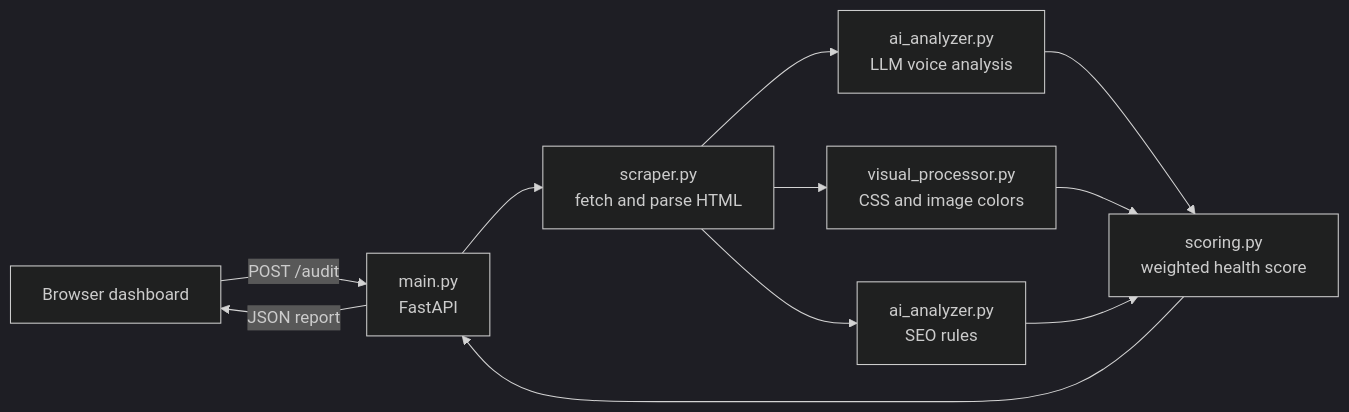
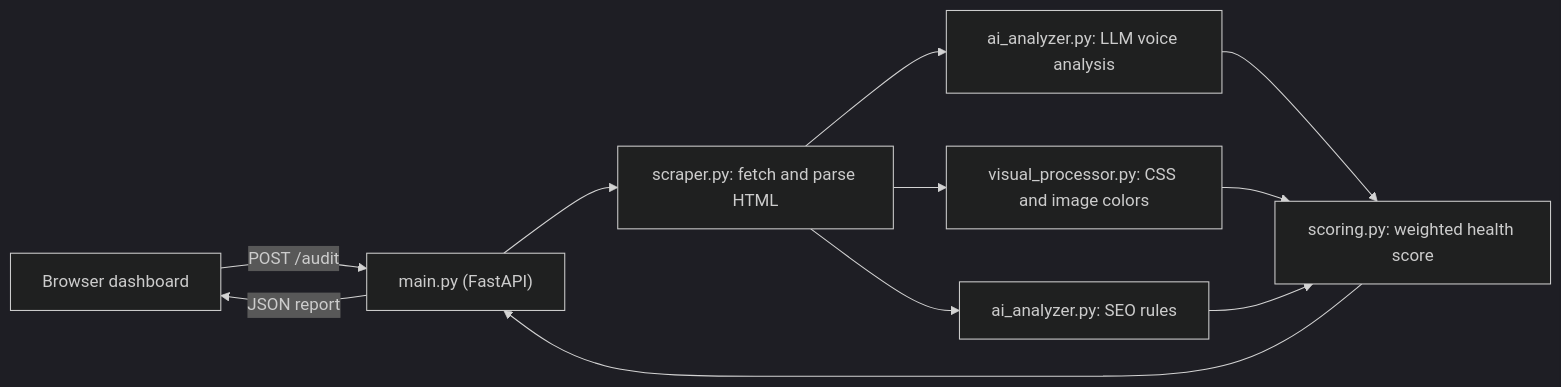
The diagram in README.md (lelentandane/Brand-voice-audior), drawn with Mermaid (dark theme) before and after one commit. The commit also changed other lines of this file, not shown here.

````diff
--- a/README.md
+++ b/README.md
@@ -43,13 +57,13 @@
 ```mermaid
 flowchart LR
-    A[Browser dashboard] -->|POST /audit| B[main.py<br/>FastAPI]
-    B --> C[scraper.py<br/>fetch and parse HTML]
-    C --> D[ai_analyzer.py<br/>LLM voice analysis]
-    C --> E[visual_processor.py<br/>CSS and image colors]
-    C --> F[ai_analyzer.py<br/>SEO rules]
-    D --> G[scoring.py<br/>weighted health score]
+    A["Browser dashboard"] -->|"POST /audit"| B["main.py (FastAPI)"]
+    B --> C["scraper.py: fetch and parse HTML"]
+    C --> D["ai_analyzer.py: LLM voice analysis"]
+    C --> E["visual_processor.py: CSS and image colors"]
+    C --> F["ai_analyzer.py: SEO rules"]
+    D --> G["scoring.py: weighted health score"]
     E --> G
     F --> G
     G --> B
-    B -->|JSON report| A
+    B -->|"JSON report"| A
 ```
````
